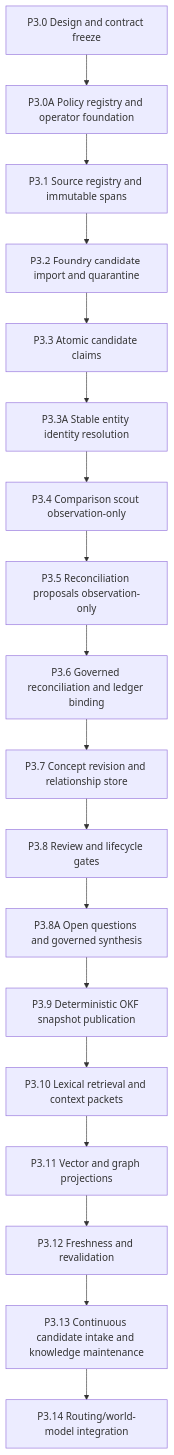
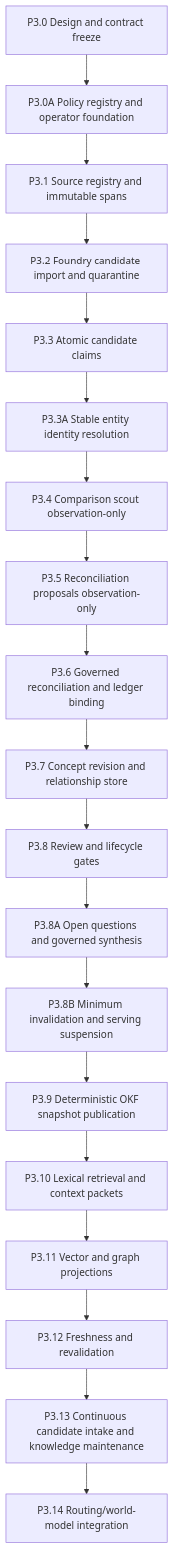
One commit to HaggisSupper/erasmus-protomenta changed the diagram in docs/roadmap/ERASMUS_PHASE_3_KNOWLEDGE_EVOLUTION.md. Above: the diagram before and after it, drawn with Mermaid. The commit also changed other lines of this file and 24 other files, not shown here.

````diff
--- a/docs/roadmap/ERASMUS_PHASE_3_KNOWLEDGE_EVOLUTION.md
+++ b/docs/roadmap/ERASMUS_PHASE_3_KNOWLEDGE_EVOLUTION.md
@@ -23,23 +23,24 @@
 ```mermaid
 flowchart TD
     P0[P3.0 Design and contract freeze]
     P0A[P3.0A Policy registry and operator foundation]
     P1[P3.1 Source registry and immutable spans]
     P2[P3.2 Foundry candidate import and quarantine]
     P3[P3.3 Atomic candidate claims]
     P3A[P3.3A Stable entity identity resolution]
     P4[P3.4 Comparison scout observation-only]
     P5[P3.5 Reconciliation proposals observation-only]
     P6[P3.6 Governed reconciliation and ledger binding]
     P7[P3.7 Concept revision and relationship store]
     P8[P3.8 Review and lifecycle gates]
     P8A[P3.8A Open questions and governed synthesis]
+    P8B[P3.8B Minimum invalidation and serving suspension]
     P9[P3.9 Deterministic OKF snapshot publication]
     P10[P3.10 Lexical retrieval and context packets]
     P11[P3.11 Vector and graph projections]
     P12[P3.12 Freshness and revalidation]
     P13[P3.13 Continuous candidate intake and knowledge maintenance]
     P14[P3.14 Routing/world-model integration]
 
-    P0 --> P0A --> P1 --> P2 --> P3 --> P3A --> P4 --> P5 --> P6 --> P7 --> P8 --> P8A --> P9 --> P10 --> P11 --> P12 --> P13 --> P14
+    P0 --> P0A --> P1 --> P2 --> P3 --> P3A --> P4 --> P5 --> P6 --> P7 --> P8 --> P8A --> P8B --> P9 --> P10 --> P11 --> P12 --> P13 --> P14
 ```
````
